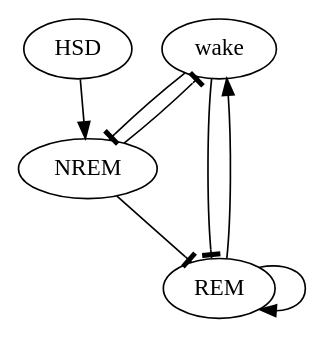
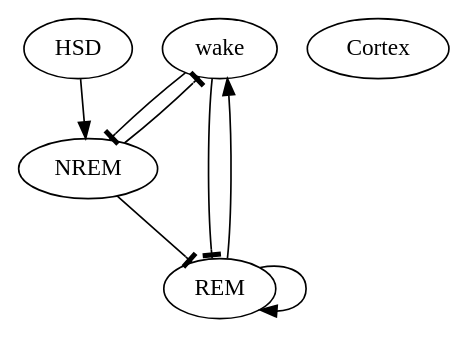
One commit to arthur-grimaud/sleepRegulSimu changed the diagram in TestAssemblage1/test-output.gv. Above: the diagram before and after it, drawn with Graphviz. The commit also changed 5 other files, not shown here.

```diff
--- a/TestAssemblage1/test-output.gv
+++ b/TestAssemblage1/test-output.gv
@@ -1,13 +1,14 @@
 digraph {
 	wake [label=wake]
 	NREM [label=NREM]
 	REM [label=REM]
 	HSD [label=HSD]
+	Cortex [label=Cortex]
 	REM -> wake [constraint=true directed=false]
 	NREM -> wake [arrowhead=tee constraint=true directed=false]
 	wake -> NREM [arrowhead=tee constraint=true directed=false]
 	HSD -> NREM [constraint=true directed=false]
 	wake -> REM [arrowhead=tee constraint=true directed=false]
 	REM -> REM [constraint=true directed=false]
 	NREM -> REM [arrowhead=tee constraint=true directed=false]
 }
```
